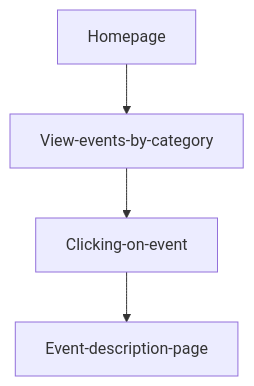
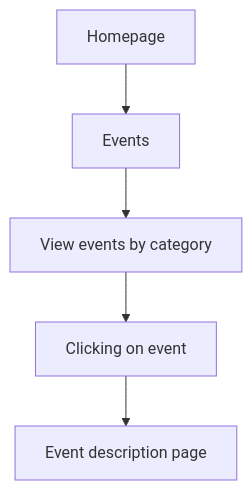
The second of 3 diagrams in team/m3/kimleng-kit/feature-sequence-diagram.md (Fpantoja2001/Evently), drawn with Mermaid before and after one commit. The commit also changed other lines of this file, not shown here.

````diff
--- a/team/m3/kimleng-kit/feature-sequence-diagram.md
+++ b/team/m3/kimleng-kit/feature-sequence-diagram.md
@@ -13,6 +32,7 @@
 ```mermaid
 graph TD;
-  Homepage-->View-events-by-category
-  View-events-by-category-->Clicking-on-event
-  Clicking-on-event-->Event-description-page
+  A[Homepage]-->B[Events]
+  B[Events]-->C[View events by category]
+  C[View events by category]-->D[Clicking on event]
+  D[Clicking on event]-->E[Event description page]
 ```
````
